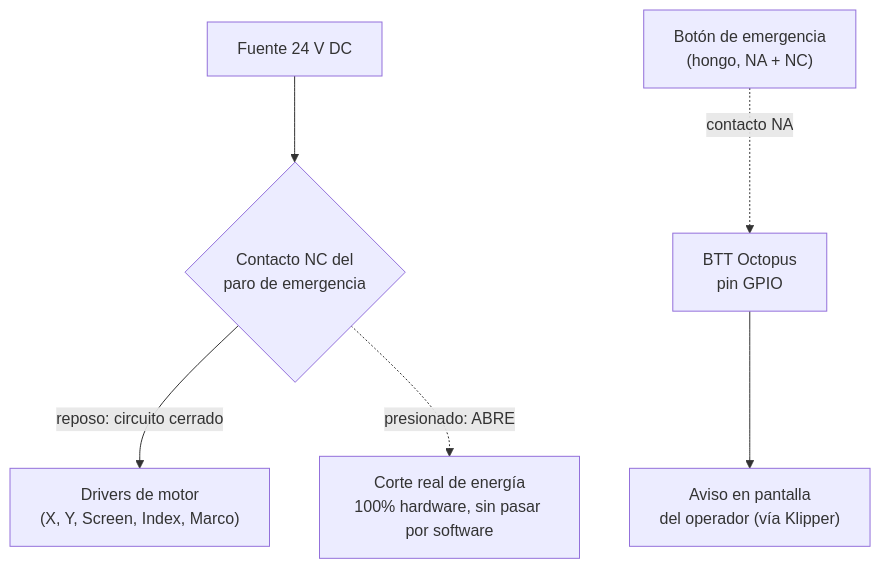
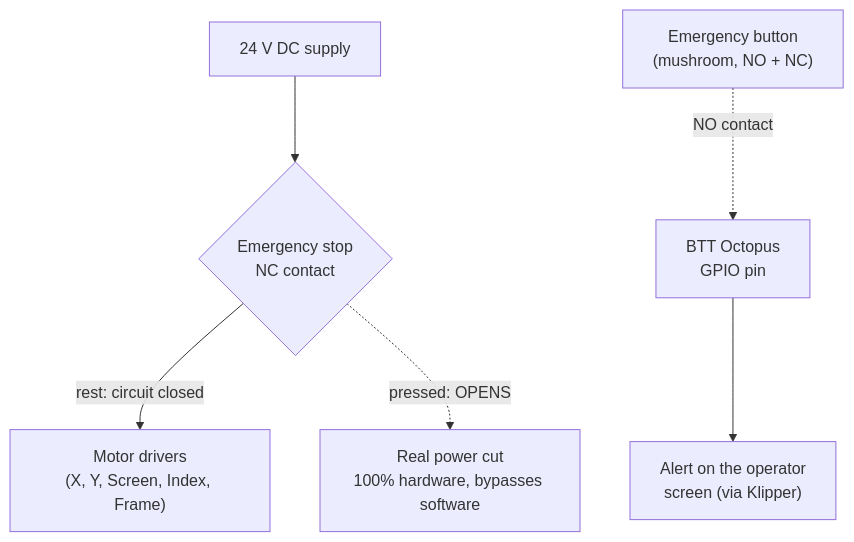
Before and after one commit to erwin620/LP1-corexy-codigo: the second of 2 diagrams in README.md, drawn with Mermaid. The commit also changed other lines of this file and 1 other file, not shown here.

````diff
--- a/README.md
+++ b/README.md
@@ -60,9 +62,9 @@
 ```mermaid
 flowchart TD
-    PSU["Fuente 24 V DC"] --> NC{"Contacto NC del<br/>paro de emergencia"}
-    NC -->|reposo: circuito cerrado| Drivers["Drivers de motor<br/>(X, Y, Screen, Index, Marco)"]
-    NC -.presionado: ABRE.-> Corte["Corte real de energía<br/>100% hardware, sin pasar por software"]
+    PSU["24 V DC supply"] --> NC{"Emergency stop<br/>NC contact"}
+    NC -->|rest: circuit closed| Drivers["Motor drivers<br/>(X, Y, Screen, Index, Frame)"]
+    NC -.pressed: OPENS.-> Cut["Real power cut<br/>100% hardware, bypasses software"]
 
-    Boton["Botón de emergencia<br/>(hongo, NA + NC)"] -. contacto NA .-> GPIO["BTT Octopus<br/>pin GPIO"]
-    GPIO --> Aviso["Aviso en pantalla<br/>del operador (vía Klipper)"]
+    Button["Emergency button<br/>(mushroom, NO + NC)"] -. NO contact .-> GPIO["BTT Octopus<br/>GPIO pin"]
+    GPIO --> Alert["Alert on the operator<br/>screen (via Klipper)"]
 ```
````
